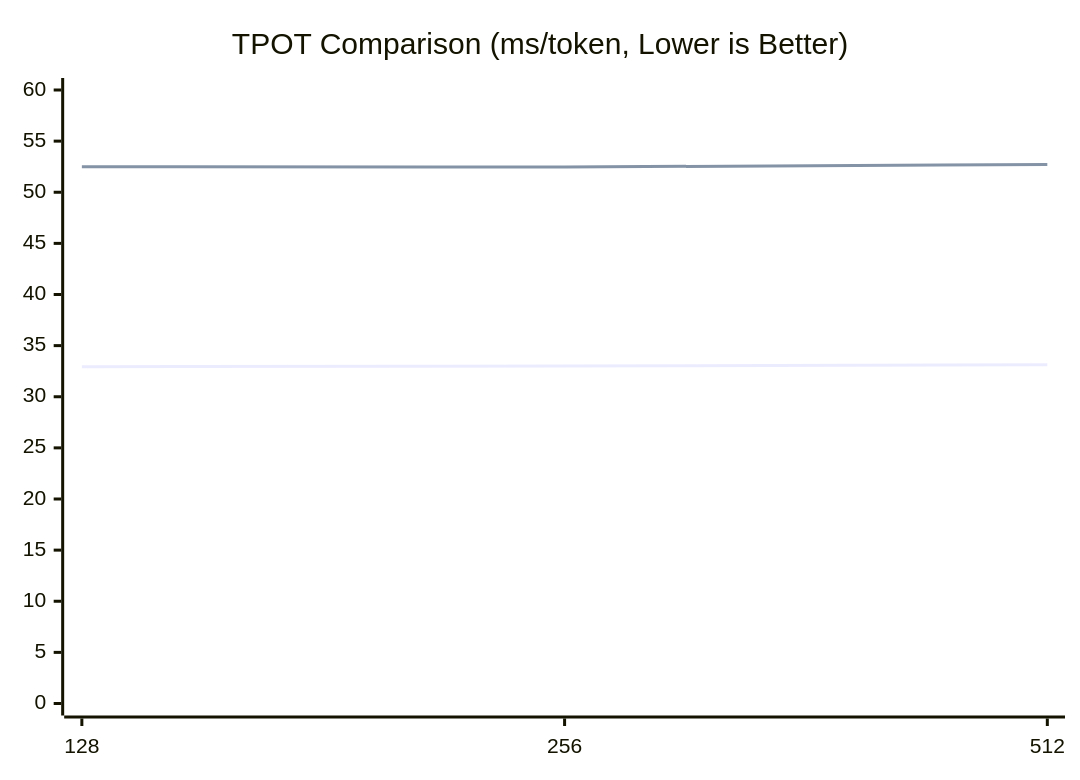
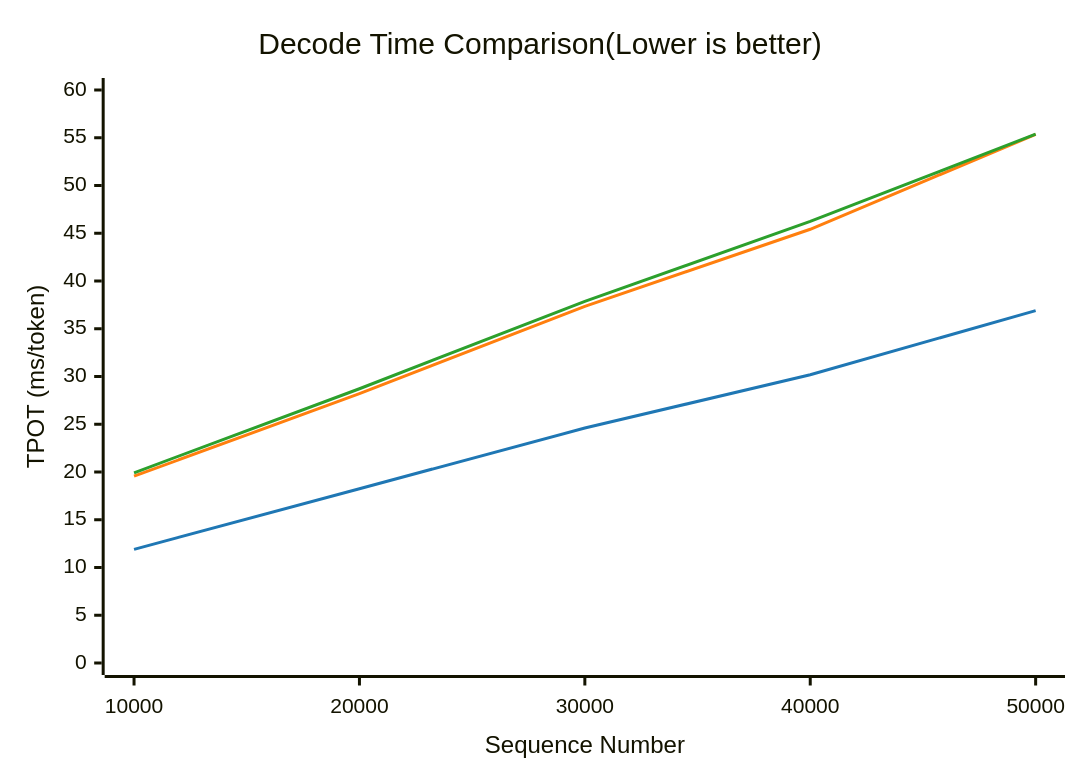
One commit to lucienhuangfu/eLLM changed the second of 2 diagrams in benchmark.zh-CN.md. Above: the diagram before and after it, drawn with Mermaid. The commit also changed other lines of this file, not shown here.

First line of the commit message:
Refresh CPU benchmark results docs

````diff
--- a/benchmark.zh-CN.md
+++ b/benchmark.zh-CN.md
@@ -69,8 +80,16 @@
 ```mermaid
+---
+config:
+  themeVariables:
+    xyChart:
+      plotColorPalette: "#1f77b4, #ff7f0e, #2ca02c"
+---
 xychart-beta
-    title "TPOT Comparison (ms/token, Lower is Better)"
-    x-axis [128, 256, 512]
-    y-axis 0 --> 60
-    line "eLLM (CPU end)" [32.94, 33.01, 33.13]
-    line "SgLang (CPU end)" [52.5, 52.47, 52.71]
+    title "Decode Time Comparison(Lower is better)"
+    x-axis "Sequence Number" [10000, 20000, 30000, 40000, 50000]
+    y-axis "TPOT (ms/token)" 0 --> 60
+
+    line "eLLM" [11.902, 18.249, 24.603, 30.179, 36.899]
+    line "Chunked CPU Baseline" [19.561, 28.202, 37.341, 45.417, 55.364]
+    line "Unchunked CPU Baseline" [19.918, 28.720, 37.873, 46.234, 55.376]
 ```
````
